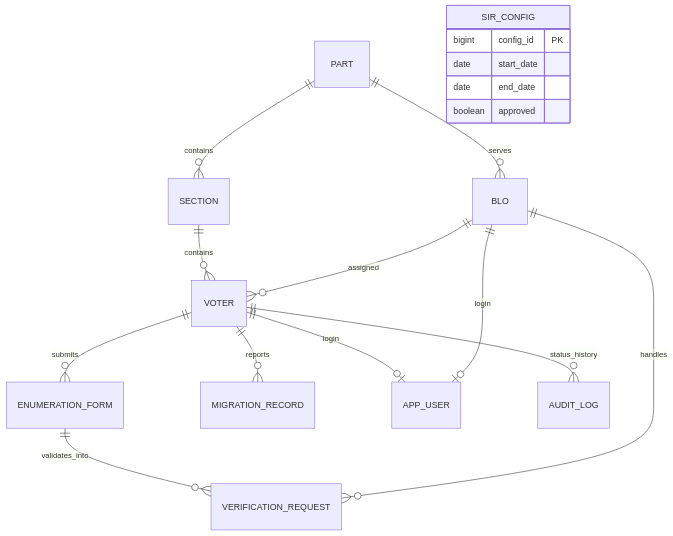
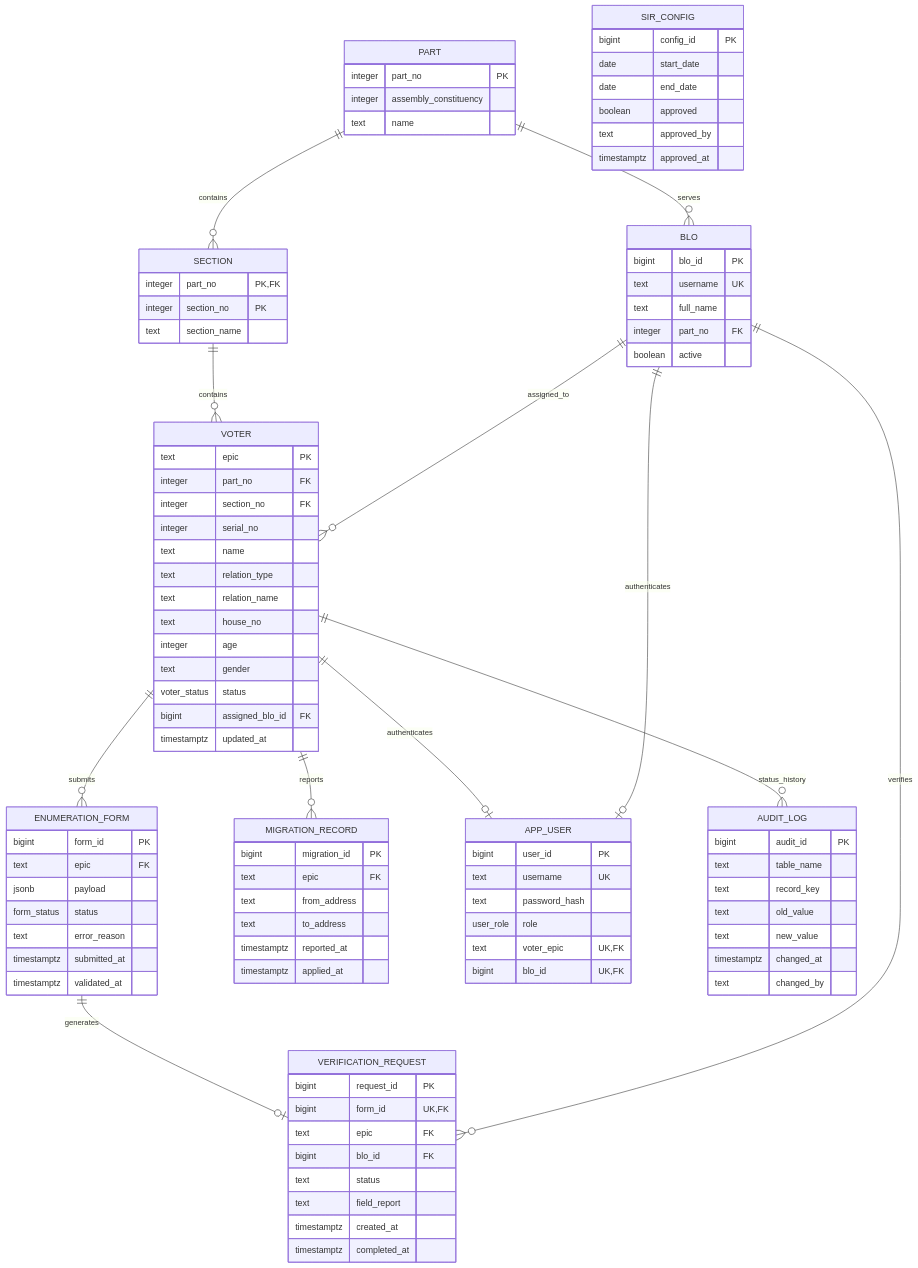
The diagram in docs/design.md (shreesha84/dbms), drawn with Mermaid before and after one commit. The commit also changed other lines of this file and 19 other files, not shown here.

````diff
--- a/docs/design.md
+++ b/docs/design.md
@@ -27,20 +48,99 @@
 ```mermaid
 erDiagram
-  PART ||--o{ SECTION : contains
-  PART ||--o{ BLO : serves
-  SECTION ||--o{ VOTER : contains
-  BLO ||--o{ VOTER : assigned
-  VOTER ||--o{ ENUMERATION_FORM : submits
-  ENUMERATION_FORM ||--o{ VERIFICATION_REQUEST : validates_into
-  BLO ||--o{ VERIFICATION_REQUEST : handles
-  VOTER ||--o{ MIGRATION_RECORD : reports
-  VOTER ||--o| APP_USER : login
-  BLO ||--o| APP_USER : login
-  VOTER ||--o{ AUDIT_LOG : status_history
-  SIR_CONFIG {
-    bigint config_id PK
-    date start_date
-    date end_date
-    boolean approved
-  }
+    PART {
+        integer part_no PK
+        integer assembly_constituency
+        text name
+    }
+    SECTION {
+        integer part_no PK, FK
+        integer section_no PK
+        text section_name
+    }
+    BLO {
+        bigint blo_id PK
+        text username UK
+        text full_name
+        integer part_no FK
+        boolean active
+    }
+    VOTER {
+        text epic PK
+        integer part_no FK
+        integer section_no FK
+        integer serial_no
+        text name
+        text relation_type
+        text relation_name
+        text house_no
+        integer age
+        text gender
+        voter_status status
+        bigint assigned_blo_id FK
+        timestamptz updated_at
+    }
+    ENUMERATION_FORM {
+        bigint form_id PK
+        text epic FK
+        jsonb payload
+        form_status status
+        text error_reason
+        timestamptz submitted_at
+        timestamptz validated_at
+    }
+    VERIFICATION_REQUEST {
+        bigint request_id PK
+        bigint form_id UK, FK
+        text epic FK
+        bigint blo_id FK
+        text status
+        text field_report
+        timestamptz created_at
+        timestamptz completed_at
+    }
+    MIGRATION_RECORD {
+        bigint migration_id PK
+        text epic FK
+        text from_address
+        text to_address
+        timestamptz reported_at
+        timestamptz applied_at
+    }
+    SIR_CONFIG {
+        bigint config_id PK
+        date start_date
+        date end_date
+        boolean approved
+        text approved_by
+        timestamptz approved_at
+    }
+    APP_USER {
+        bigint user_id PK
+        text username UK
+        text password_hash
+        user_role role
+        text voter_epic UK, FK
+        bigint blo_id UK, FK
+    }
+    AUDIT_LOG {
+        bigint audit_id PK
+        text table_name
+        text record_key
+        text old_value
+        text new_value
+        timestamptz changed_at
+        text changed_by
+    }
+
+    PART ||--o{ SECTION : contains
+    PART ||--o{ BLO : serves
+    SECTION ||--o{ VOTER : contains
+    BLO ||--o{ VOTER : assigned_to
+    VOTER ||--o{ ENUMERATION_FORM : submits
+    ENUMERATION_FORM ||--o| VERIFICATION_REQUEST : generates
+    BLO ||--o{ VERIFICATION_REQUEST : verifies
+    VOTER ||--o{ MIGRATION_RECORD : reports
+    VOTER ||--o| APP_USER : authenticates
+    BLO ||--o| APP_USER : authenticates
+    VOTER ||--o{ AUDIT_LOG : status_history
 ```
````
